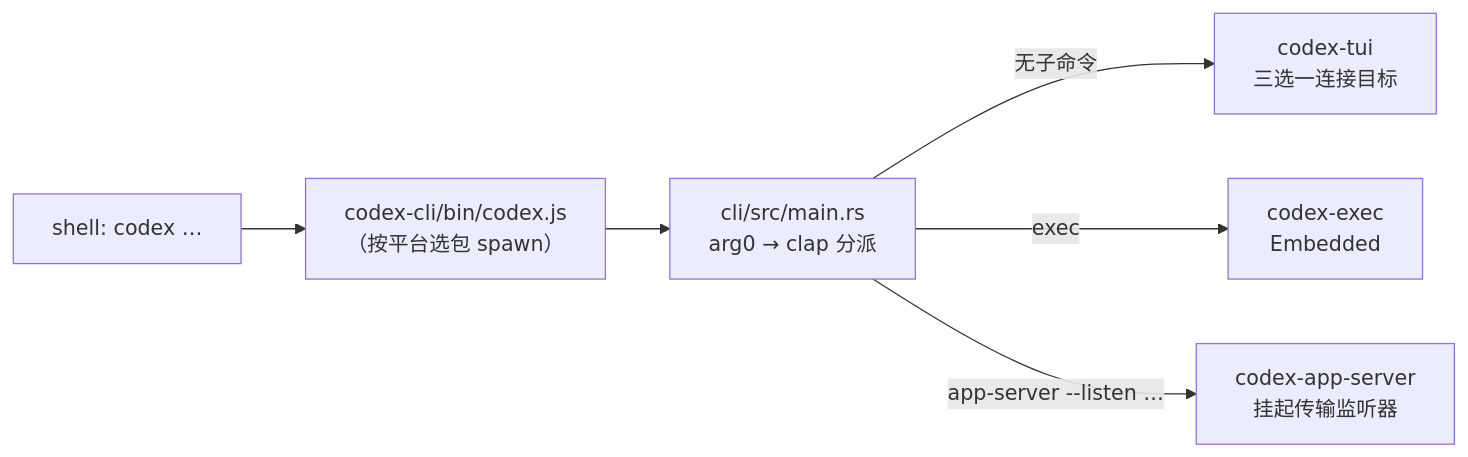
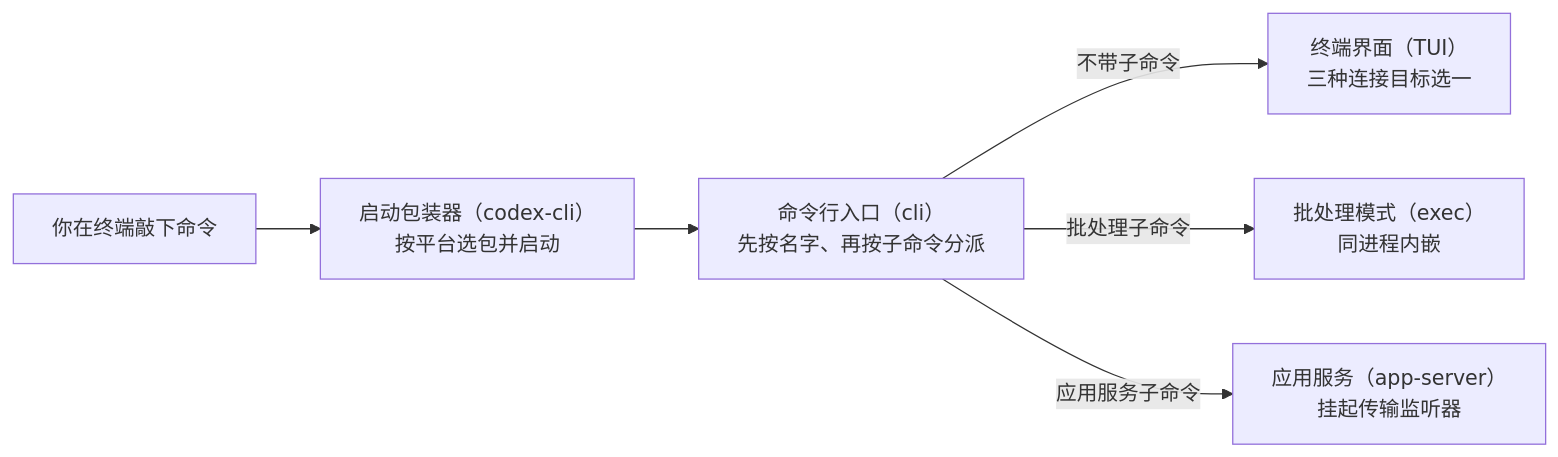
Before and after one commit to 13927/codex-book: the second of 2 diagrams in src/part2/process-and-transport.md, drawn with Mermaid. The commit also changed other lines of this file and 14 other files, not shown here.

````diff
--- a/src/part2/process-and-transport.md
+++ b/src/part2/process-and-transport.md
@@ -69,8 +130,8 @@
 ```mermaid
 graph LR
-    A["shell: codex …"] --> B["codex-cli/bin/codex.js<br/>（按平台选包 spawn）"]
-    B --> C["cli/src/main.rs<br/>arg0 → clap 分派"]
-    C -- "无子命令" --> D["codex-tui<br/>三选一连接目标"]
-    C -- "exec" --> E["codex-exec<br/>Embedded"]
-    C -- "app-server --listen …" --> F["codex-app-server<br/>挂起传输监听器"]
+    A["你在终端敲下命令"] --> B["启动包装器（codex-cli）<br/>按平台选包并启动"]
+    B --> C["命令行入口（cli）<br/>先按名字、再按子命令分派"]
+    C -- "不带子命令" --> D["终端界面（TUI）<br/>三种连接目标选一"]
+    C -- "批处理子命令" --> E["批处理模式（exec）<br/>同进程内嵌"]
+    C -- "应用服务子命令" --> F["应用服务（app-server）<br/>挂起传输监听器"]
 ```
````
